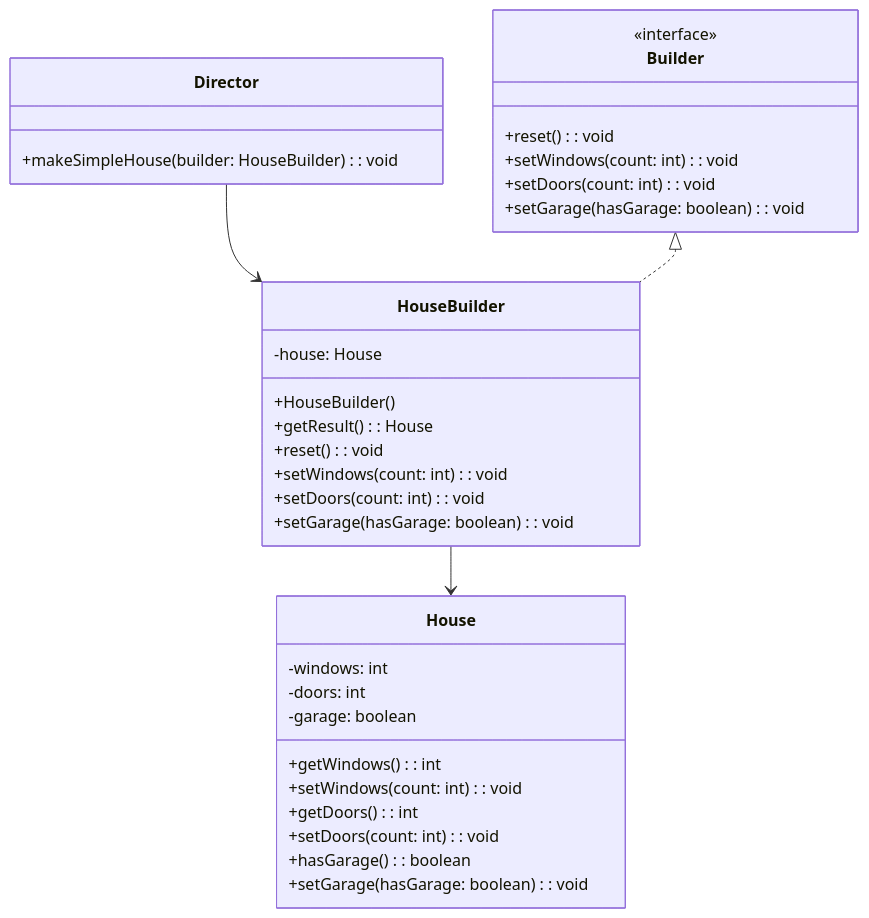
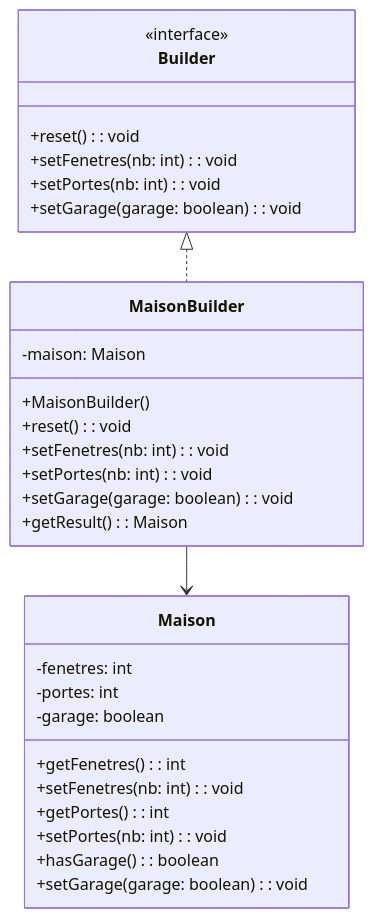
One commit to ophenix-maisonneuve/420-930-ma-site-web changed the diagram in _notes/patterns/creation/pattern-builder.md. Above: the diagram before and after it, drawn with Mermaid. The commit also changed other lines of this file and 12 other files, not shown here.

````diff
--- a/_notes/patterns/creation/pattern-builder.md
+++ b/_notes/patterns/creation/pattern-builder.md
@@ -116,36 +123,35 @@
 ```mermaid
 classDiagram
-class House {
-  -windows: int
-  -doors: int
+class Maison {
+  -fenetres: int
+  -portes: int
   -garage: boolean
-  +getWindows(): int
-  +setWindows(count: int): void
-  +getDoors(): int
-  +setDoors(count: int): void
+  +getFenetres(): int
+  +setFenetres(nb: int): void
+  +getPortes(): int
+  +setPortes(nb: int): void
   +hasGarage(): boolean
-  +setGarage(hasGarage: boolean): void
+  +setGarage(garage: boolean): void
 }
+
 class Builder {
   <<interface>>
   +reset(): void
-  +setWindows(count: int): void
-  +setDoors(count: int): void
-  +setGarage(hasGarage: boolean): void
+  +setFenetres(nb: int): void
+  +setPortes(nb: int): void
+  +setGarage(garage: boolean): void
 }
-class HouseBuilder {
-  -house: House
-  +HouseBuilder()
-  +getResult(): House
+
+class MaisonBuilder {
+  -maison: Maison
+  +MaisonBuilder()
   +reset(): void
-  +setWindows(count: int): void
-  +setDoors(count: int): void
-  +setGarage(hasGarage: boolean): void
+  +setFenetres(nb: int): void
+  +setPortes(nb: int): void
+  +setGarage(garage: boolean): void
+  +getResult(): Maison
 }
-class Director {
-  +makeSimpleHouse(builder: HouseBuilder): void
-}
-HouseBuilder --> House
-Director --> HouseBuilder
-Builder <|.. HouseBuilder
+
+Builder <|.. MaisonBuilder
+MaisonBuilder --> Maison
 ```
````
